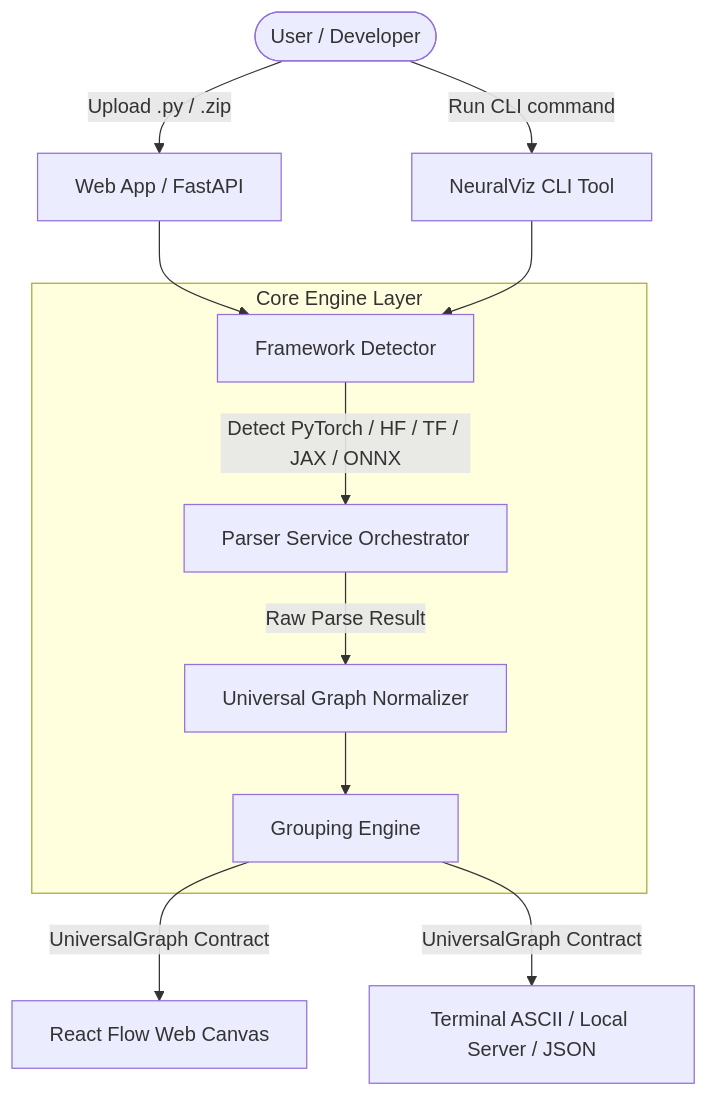
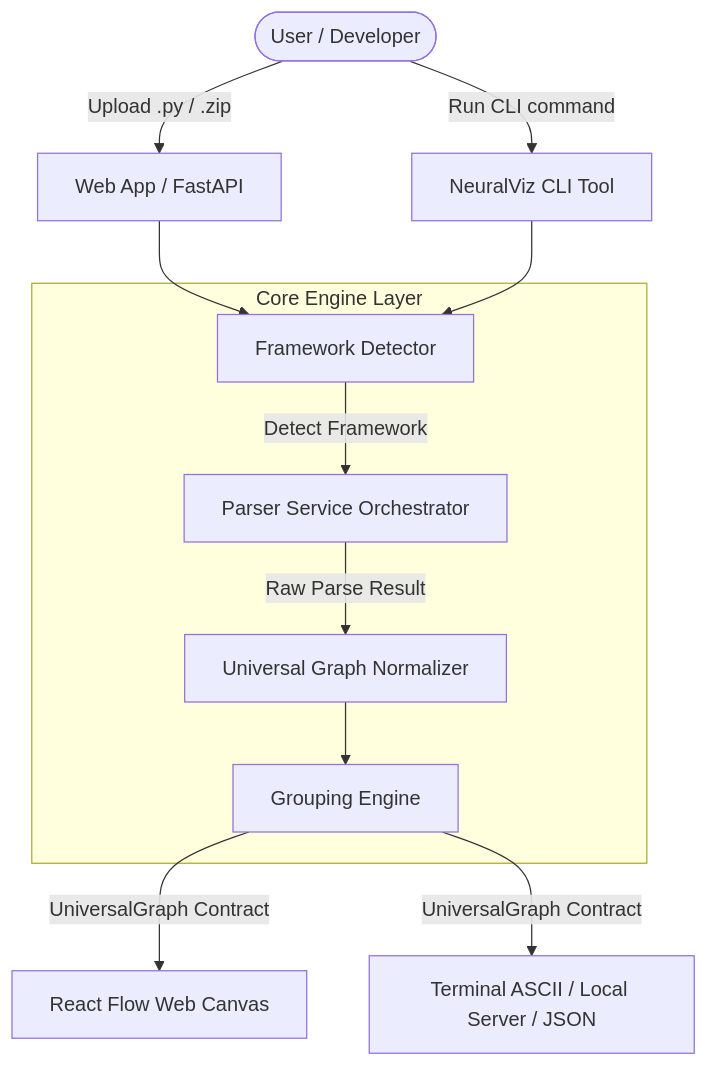
One commit to Palak9763/NeuralNetworkAnalyzer changed the first of 3 diagrams in README.md. Above: the diagram before and after it, drawn with Mermaid. The commit also changed other lines of this file, not shown here.

````diff
--- a/README.md
+++ b/README.md
@@ -31,22 +31,22 @@
 ```mermaid
 graph TD
-    User([User / Developer]) -->|Upload .py / .zip| Web[Web App / FastAPI]
-    User -->|Run CLI command| CLI[NeuralViz CLI Tool]
+    User(["User / Developer"]) -->|"Upload .py / .zip"| Web["Web App / FastAPI"]
+    User -->|"Run CLI command"| CLI["NeuralViz CLI Tool"]
 
     subgraph Core Engine Layer
-        FD[Framework Detector]
-        PS[Parser Service Orchestrator]
-        GE[Grouping Engine]
-        UG[Universal Graph Normalizer]
+        FD["Framework Detector"]
+        PS["Parser Service Orchestrator"]
+        GE["Grouping Engine"]
+        UG["Universal Graph Normalizer"]
 
-        FD -->|Detect PyTorch / HF / TF / JAX / ONNX| PS
-        PS -->|Raw Parse Result| UG
+        FD -->|"Detect Framework"| PS
+        PS -->|"Raw Parse Result"| UG
         UG --> GE
     end
 
     Web --> FD
     CLI --> FD
 
-    GE -->|UniversalGraph Contract| WebOut[React Flow Web Canvas]
-    GE -->|UniversalGraph Contract| CLIOut[Terminal ASCII / Local Server / JSON]
+    GE -->|"UniversalGraph Contract"| WebOut["React Flow Web Canvas"]
+    GE -->|"UniversalGraph Contract"| CLIOut["Terminal ASCII / Local Server / JSON"]
 ```
````
